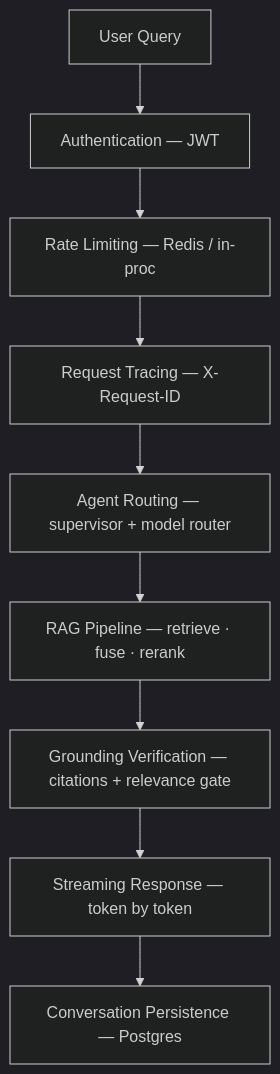
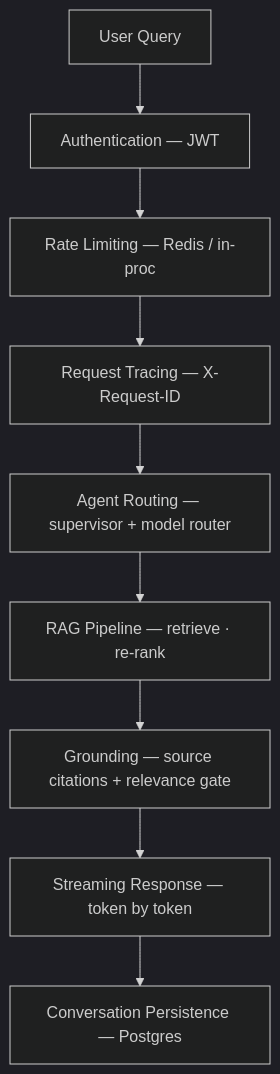
Before and after one commit to Vishal-AI-ML-Dev/UPSC-AI-PRO: the second of 4 diagrams in README.md, drawn with Mermaid (dark theme). The commit also changed other lines of this file and 9 other files, not shown here.

````diff
--- a/README.md
+++ b/README.md
@@ -85,11 +86,11 @@
 ```mermaid
 flowchart TD
     A[User Query] --> B[Authentication — JWT]
     B --> C[Rate Limiting — Redis / in-proc]
     C --> D[Request Tracing — X-Request-ID]
     D --> E[Agent Routing — supervisor + model router]
-    E --> F[RAG Pipeline — retrieve · fuse · rerank]
-    F --> G[Grounding Verification — citations + relevance gate]
+    E --> F[RAG Pipeline — retrieve · re-rank]
+    F --> G[Grounding — source citations + relevance gate]
     G --> H[Streaming Response — token by token]
     H --> I[Conversation Persistence — Postgres]
 ```
````
